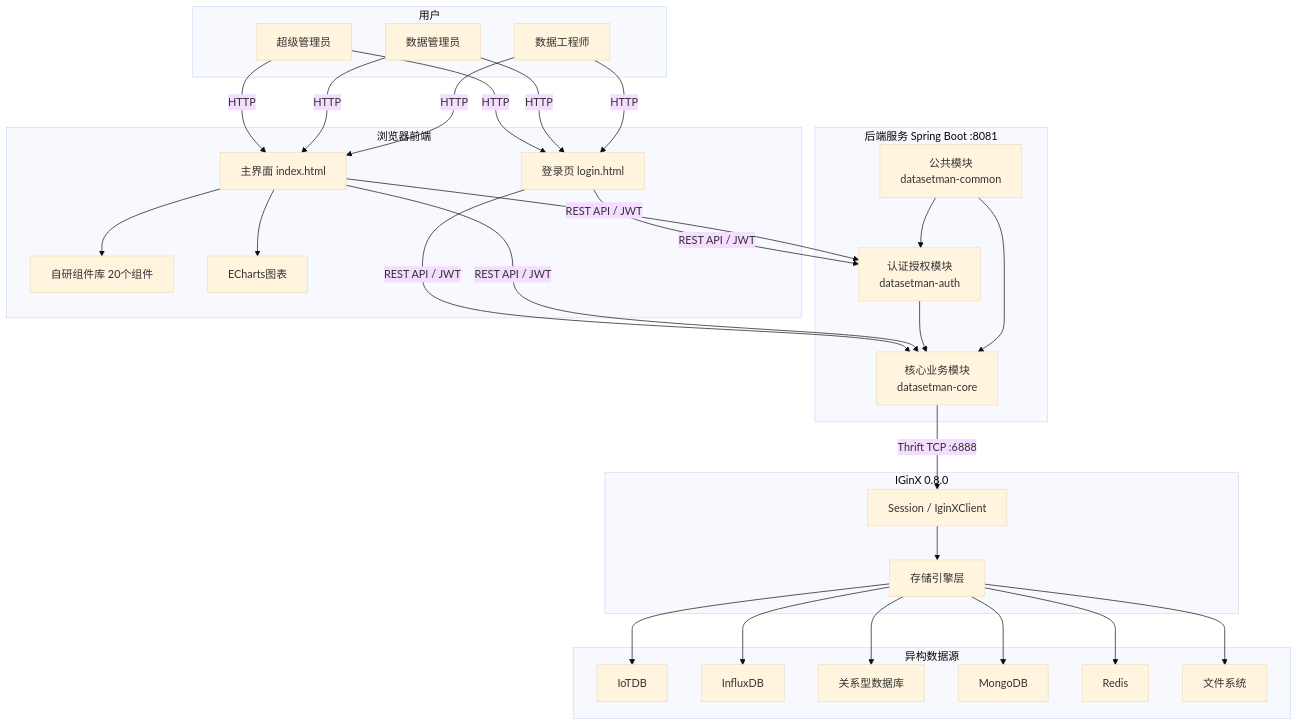
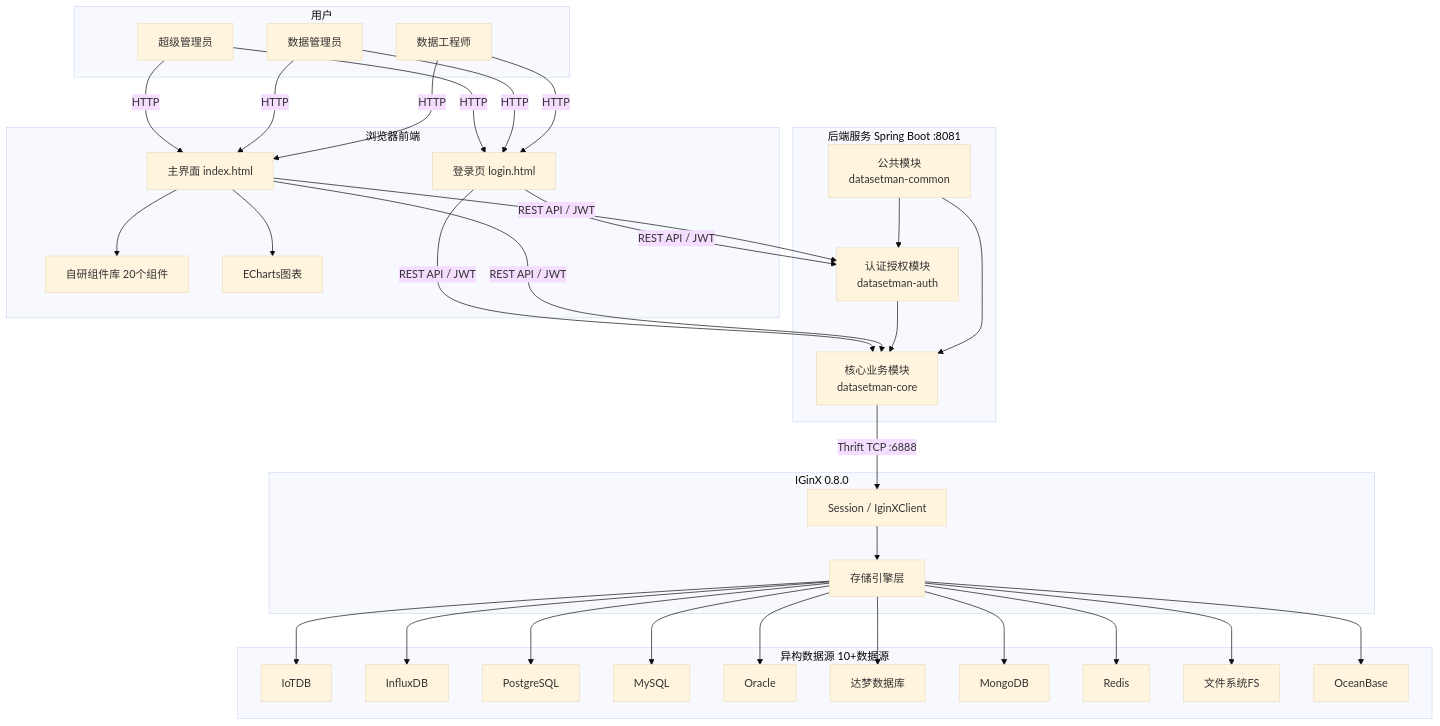
Before and after one commit to IGinX-THU/DatasetMan: the first of 15 diagrams in doc/数据集管理软件-概要设计文档.md, drawn with Mermaid (base theme). The commit also changed other lines of this file and 31 other files, not shown here.

````diff
--- a/doc/数据集管理软件-概要设计文档.md
+++ b/doc/数据集管理软件-概要设计文档.md
@@ -41,44 +41,48 @@
 ```mermaid
 graph TB
     subgraph 用户
         U1[超级管理员]
         U2[数据管理员]
         U3[数据工程师]
     end
 
     subgraph 浏览器前端
         F1[登录页 login.html]
         F2[主界面 index.html]
         F3[自研组件库 20个组件]
         F4[ECharts图表]
     end
 
     subgraph 后端服务 Spring Boot :8081
         A[认证授权模块<br/>datasetman-auth]
         C[核心业务模块<br/>datasetman-core]
         M[公共模块<br/>datasetman-common]
     end
 
     subgraph IGinX 0.8.0
         IG[Session / IginXClient]
         SE[存储引擎层]
     end
 
-    subgraph 异构数据源
+    subgraph 异构数据源 10+数据源
         D1[IoTDB]
         D2[InfluxDB]
-        D3[关系型数据库]
-        D4[MongoDB]
-        D5[Redis]
-        D6[文件系统]
+        D3[PostgreSQL]
+        D4[MySQL]
+        D5[Oracle]
+        D6[达梦数据库]
+        D7[MongoDB]
+        D8[Redis]
+        D9[文件系统FS]
+        D10[OceanBase]
     end
 
     U1 & U2 & U3 -->|HTTP| F1 & F2
     F2 --> F3 & F4
     F1 & F2 -->|REST API / JWT| A & C
     A --> C
     M --> A & C
     C -->|Thrift TCP :6888| IG
     IG --> SE
-    SE --> D1 & D2 & D3 & D4 & D5 & D6
+    SE --> D1 & D2 & D3 & D4 & D5 & D6 & D7 & D8 & D9 & D10
 ```
````
